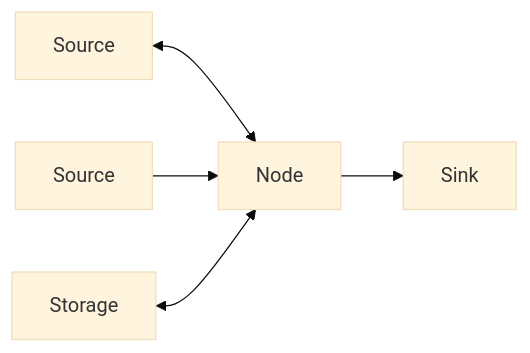
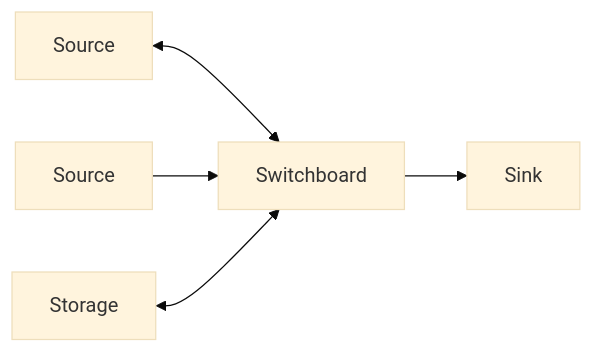
The first of 3 diagrams in docs/user-guide/elements/node.md (hass-energy/haeo), drawn with Mermaid (base theme) before and after one commit. The commit also changed other lines of this file, not shown here.

Commit message:
Fix node documentation to clarify Advanced Mode requirement

````diff
--- a/docs/user-guide/elements/node.md
+++ b/docs/user-guide/elements/node.md
@@ -91,9 +101,9 @@
 ```mermaid
 graph LR
-    Source1[Source] <--> Node[Node]
+    Source1[Source] <--> Node[Switchboard]
     Source2[Source] --> Node
     Storage[Storage] <--> Node
     Node --> Sink[Sink]
 
     class Node emphasis
 ```
````
